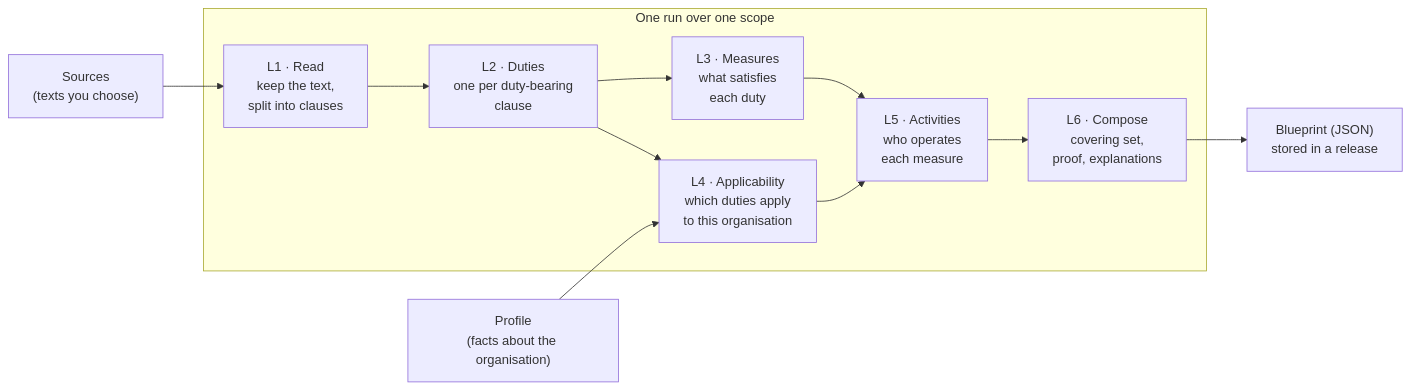
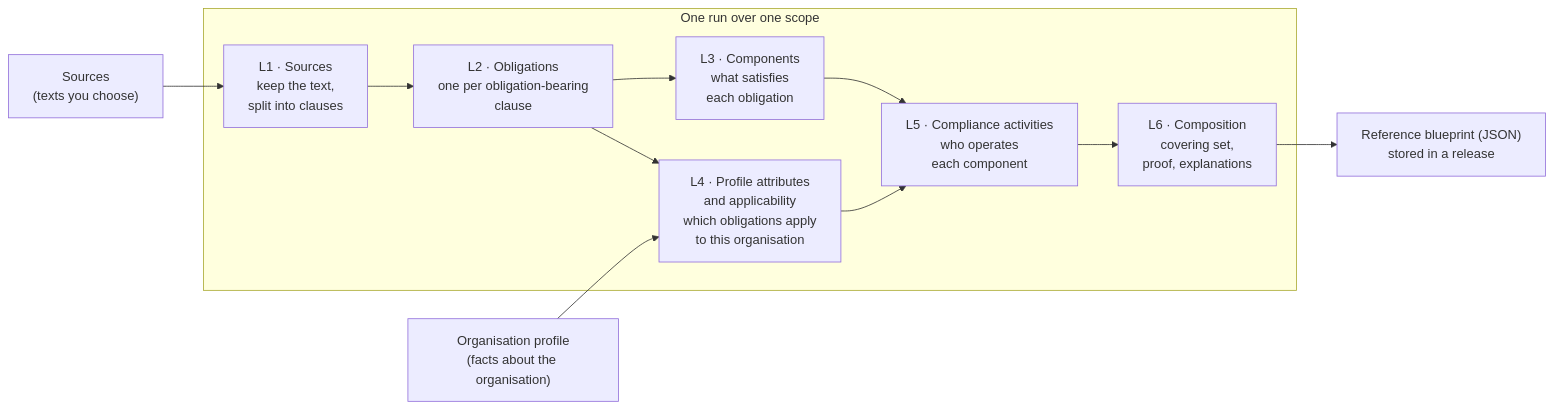
Before and after one commit to Reg42-ai/clhear: the diagram in README.md, drawn with Mermaid. The commit also changed other lines of this file and 17 other files, not shown here.

First line of the commit message:
Guide users from their own texts to a reference blueprint (#4)

````diff
--- a/README.md
+++ b/README.md
@@ -37,14 +37,14 @@
 ```mermaid
 flowchart LR
     S["Sources<br/>(texts you choose)"] --> L1
-    P["Profile<br/>(facts about the organisation)"] --> L4
+    P["Organisation profile<br/>(facts about the organisation)"] --> L4
     subgraph run["One run over one scope"]
-        L1["L1 · Read<br/>keep the text,<br/>split into clauses"] --> L2["L2 · Duties<br/>one per duty-bearing<br/>clause"]
-        L2 --> L3["L3 · Measures<br/>what satisfies<br/>each duty"]
-        L2 --> L4["L4 · Applicability<br/>which duties apply<br/>to this organisation"]
-        L3 --> L5["L5 · Activities<br/>who operates<br/>each measure"]
+        L1["L1 · Sources<br/>keep the text,<br/>split into clauses"] --> L2["L2 · Obligations<br/>one per obligation-bearing<br/>clause"]
+        L2 --> L3["L3 · Components<br/>what satisfies<br/>each obligation"]
+        L2 --> L4["L4 · Profile attributes<br/>and applicability<br/>which obligations apply<br/>to this organisation"]
+        L3 --> L5["L5 · Compliance activities<br/>who operates<br/>each component"]
         L4 --> L5
-        L5 --> L6["L6 · Compose<br/>covering set,<br/>proof, explanations"]
+        L5 --> L6["L6 · Composition<br/>covering set,<br/>proof, explanations"]
     end
-    L6 --> B["Blueprint (JSON)<br/>stored in a release"]
+    L6 --> B["Reference blueprint (JSON)<br/>stored in a release"]
 ```
````
